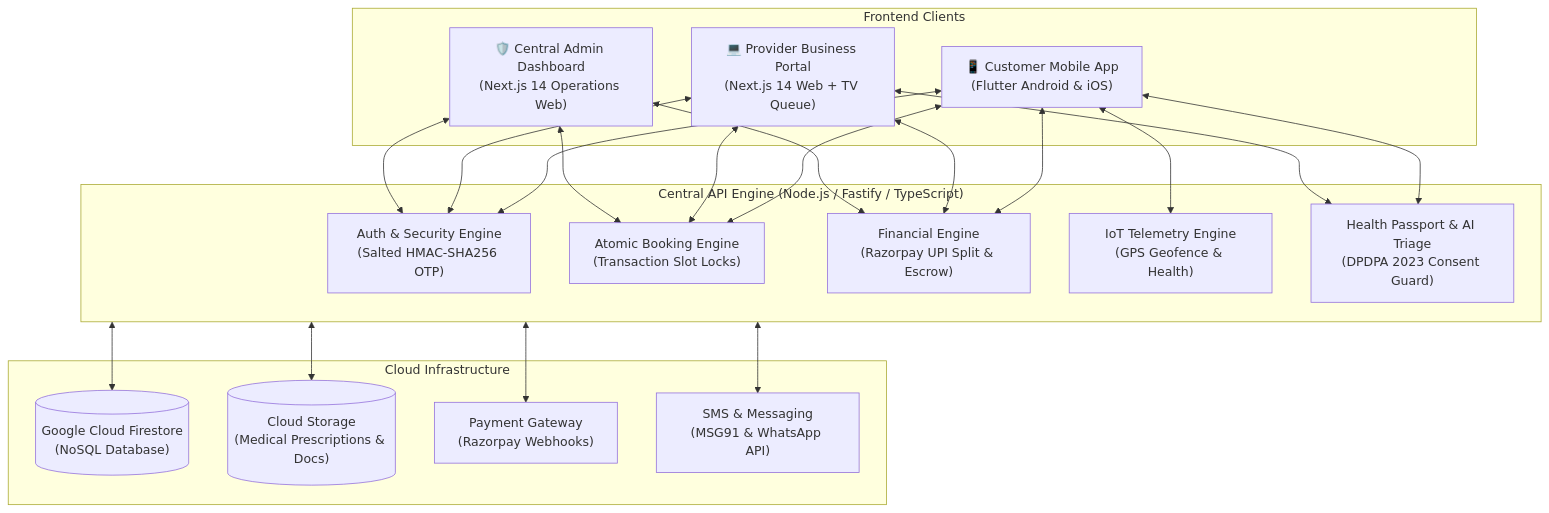
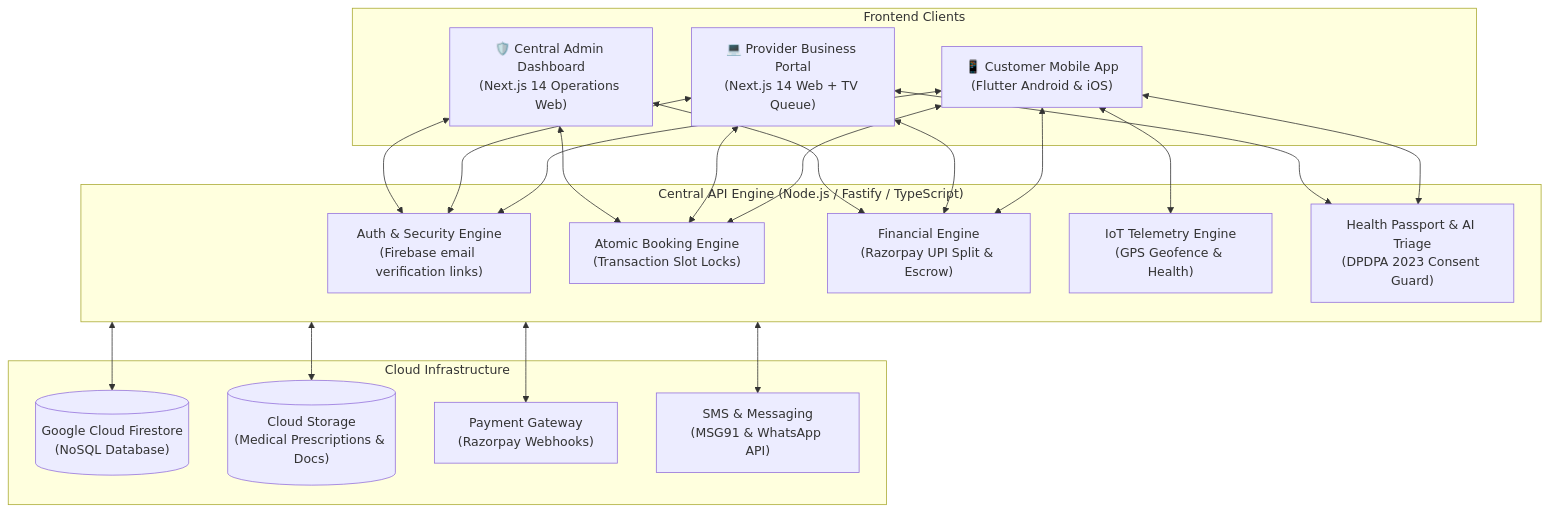
The first of 4 diagrams in docs/OVERVIEW.md (bathi2389-code/petwo), drawn with Mermaid before and after one commit. The commit also changed 87 other files, not shown here.

Commit message:
Implement Firebase email verification and auth hardening

````diff
--- a/docs/OVERVIEW.md
+++ b/docs/OVERVIEW.md
@@ -26,43 +26,43 @@
 ```mermaid
 flowchart TD
     subgraph Clients["Frontend Clients"]
         A["📱 Customer Mobile App<br/>(Flutter Android & iOS)"]
         B["💻 Provider Business Portal<br/>(Next.js 14 Web + TV Queue)"]
         C["🛡️ Central Admin Dashboard<br/>(Next.js 14 Operations Web)"]
     end
 
     subgraph CoreBackend["Central API Engine (Node.js / Fastify / TypeScript)"]
-        D["Auth & Security Engine<br/>(Salted HMAC-SHA256 OTP)"]
+        D["Auth & Security Engine<br/>(Firebase email verification links)"]
         E["Atomic Booking Engine<br/>(Transaction Slot Locks)"]
         F["Financial Engine<br/>(Razorpay UPI Split & Escrow)"]
         G["IoT Telemetry Engine<br/>(GPS Geofence & Health)"]
         H["Health Passport & AI Triage<br/>(DPDPA 2023 Consent Guard)"]
     end
 
     subgraph Storage["Cloud Infrastructure"]
         I[("Google Cloud Firestore<br/>(NoSQL Database)")]
         J[("Cloud Storage<br/>(Medical Prescriptions & Docs)")]
         K["Payment Gateway<br/>(Razorpay Webhooks)"]
         L["SMS & Messaging<br/>(MSG91 & WhatsApp API)"]
     end
 
     A <--> D
     A <--> E
     A <--> F
     A <--> G
     A <--> H
 
     B <--> D
     B <--> E
     B <--> F
     B <--> H
 
     C <--> D
     C <--> E
     C <--> F
 
     CoreBackend <--> I
     CoreBackend <--> J
     CoreBackend <--> K
     CoreBackend <--> L
 ```
````
